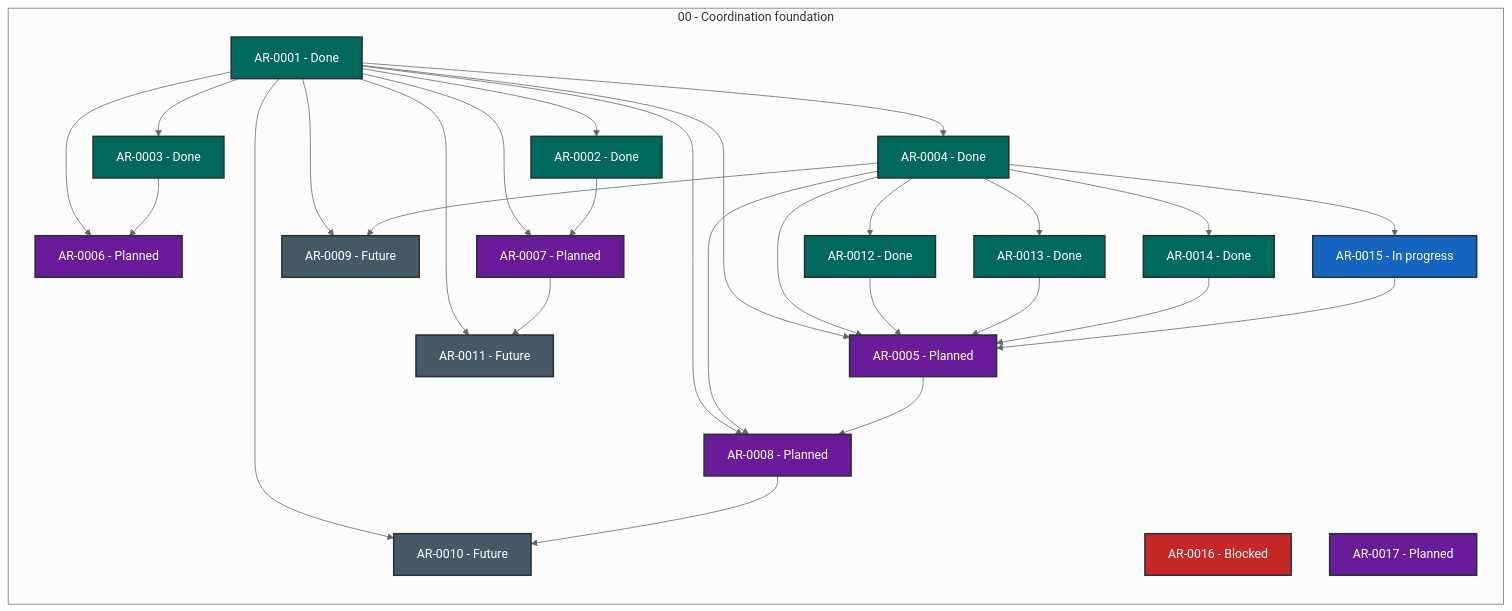
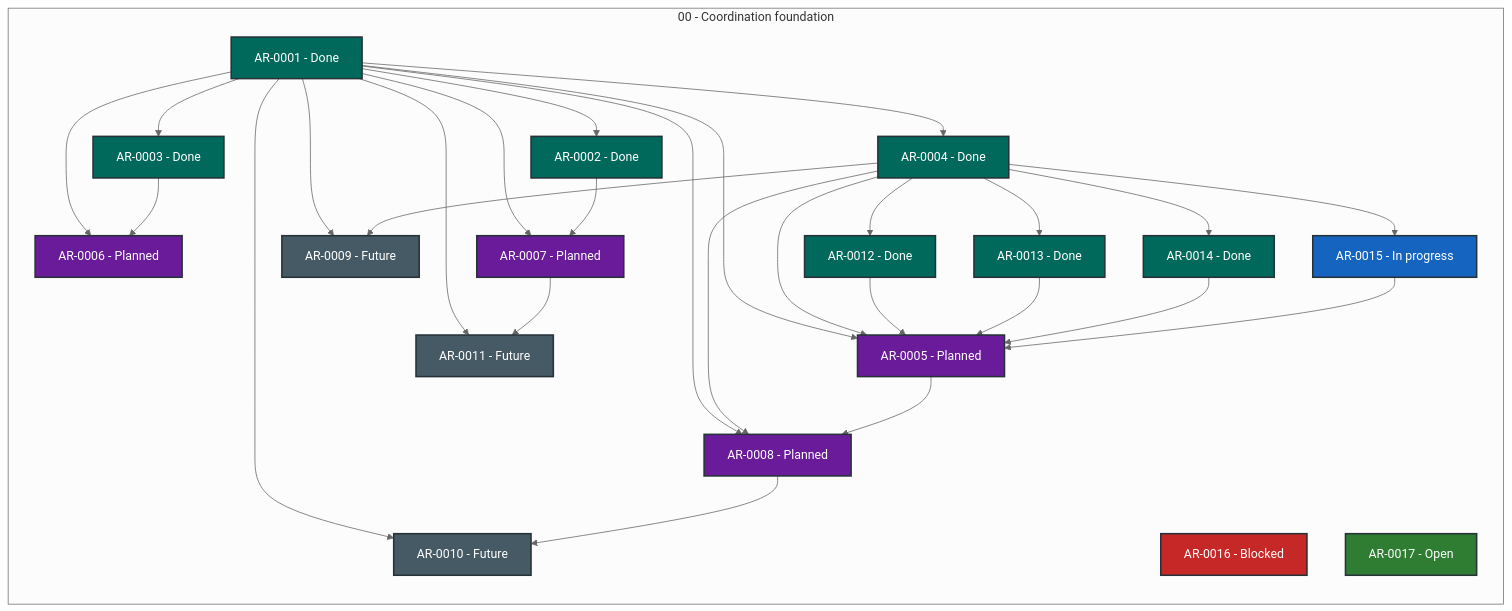
The diagram in STATUS.md (martin-beck/agent-workflow-quality-state), drawn with Mermaid (neutral theme) before and after one commit. The commit also changed other lines of this file and 2 other files, not shown here.

````diff
--- a/STATUS.md
+++ b/STATUS.md
@@ -27,57 +27,57 @@
 ```mermaid
 flowchart LR
     subgraph series_00["00 - Coordination foundation"]
         direction TB
         AR_0001["AR-0001 - Done"]:::status_done
         AR_0002["AR-0002 - Done"]:::status_done
         AR_0003["AR-0003 - Done"]:::status_done
         AR_0004["AR-0004 - Done"]:::status_done
         AR_0005["AR-0005 - Planned"]:::status_planned
         AR_0006["AR-0006 - Planned"]:::status_planned
         AR_0007["AR-0007 - Planned"]:::status_planned
         AR_0008["AR-0008 - Planned"]:::status_planned
         AR_0009["AR-0009 - Future"]:::status_future
         AR_0010["AR-0010 - Future"]:::status_future
         AR_0011["AR-0011 - Future"]:::status_future
         AR_0012["AR-0012 - Done"]:::status_done
         AR_0013["AR-0013 - Done"]:::status_done
         AR_0014["AR-0014 - Done"]:::status_done
         AR_0015["AR-0015 - In progress"]:::status_in_progress
         AR_0016["AR-0016 - Blocked"]:::status_blocked
-        AR_0017["AR-0017 - Planned"]:::status_planned
+        AR_0017["AR-0017 - Open"]:::status_open
     end
     AR_0001 --> AR_0002
     AR_0001 --> AR_0003
     AR_0001 --> AR_0004
     AR_0001 --> AR_0005
     AR_0001 --> AR_0006
     AR_0001 --> AR_0007
     AR_0001 --> AR_0008
     AR_0001 --> AR_0009
     AR_0001 --> AR_0010
     AR_0001 --> AR_0011
     AR_0002 --> AR_0007
     AR_0003 --> AR_0006
     AR_0004 --> AR_0005
     AR_0004 --> AR_0008
     AR_0004 --> AR_0009
     AR_0004 --> AR_0012
     AR_0004 --> AR_0013
     AR_0004 --> AR_0014
     AR_0004 --> AR_0015
     AR_0005 --> AR_0008
     AR_0007 --> AR_0011
     AR_0008 --> AR_0010
     AR_0012 --> AR_0005
     AR_0013 --> AR_0005
     AR_0014 --> AR_0005
     AR_0015 --> AR_0005
     classDef status_in_progress fill:#1565c0,color:#ffffff,stroke:#263238,stroke-width:2px
     classDef status_open fill:#2e7d32,color:#ffffff,stroke:#263238,stroke-width:2px
     classDef status_blocked fill:#c62828,color:#ffffff,stroke:#263238,stroke-width:2px
     classDef status_planned fill:#6a1b9a,color:#ffffff,stroke:#263238,stroke-width:2px
     classDef status_future fill:#455a64,color:#ffffff,stroke:#263238,stroke-width:2px
     classDef status_done fill:#00695c,color:#ffffff,stroke:#263238,stroke-width:2px
     classDef status_cancelled fill:#616161,color:#ffffff,stroke:#263238,stroke-width:2px
     classDef status_superseded fill:#5d4037,color:#ffffff,stroke:#263238,stroke-width:2px
 ```
````
